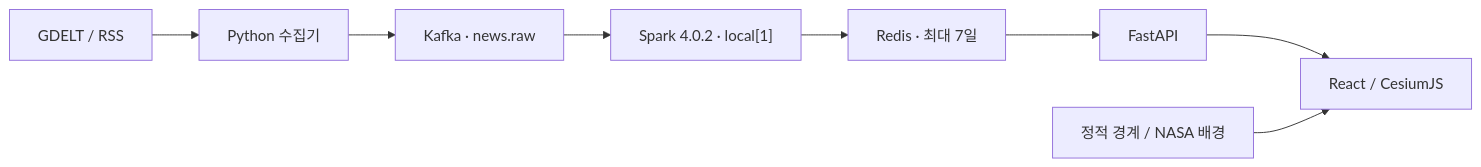
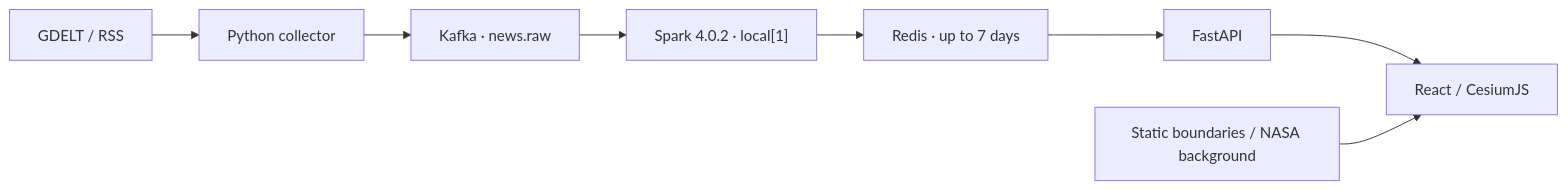
One commit to jaemanc/terra-newsphere changed the diagram in README.md. Above: the diagram before and after it, drawn with Mermaid. The commit also changed other lines of this file and 3 other files, not shown here.

````diff
--- a/README.md
+++ b/README.md
@@ -68,6 +45,6 @@
 ```mermaid
 flowchart LR
-    Feed["GDELT / RSS"] --> Collector["Python 수집기"] --> Kafka["Kafka · news.raw"]
-    Kafka --> Spark["Spark 4.0.2 · local[1]"] --> Redis["Redis · 최대 7일"] --> API["FastAPI"] --> UI["React / CesiumJS"]
-    Geo["정적 경계 / NASA 배경"] --> UI
+    Feed["GDELT / RSS"] --> Collector["Python collector"] --> Kafka["Kafka · news.raw"]
+    Kafka --> Spark["Spark 4.0.2 · local[1]"] --> Redis["Redis · up to 7 days"] --> API["FastAPI"] --> UI["React / CesiumJS"]
+    Geo["Static boundaries / NASA background"] --> UI
 ```
````
